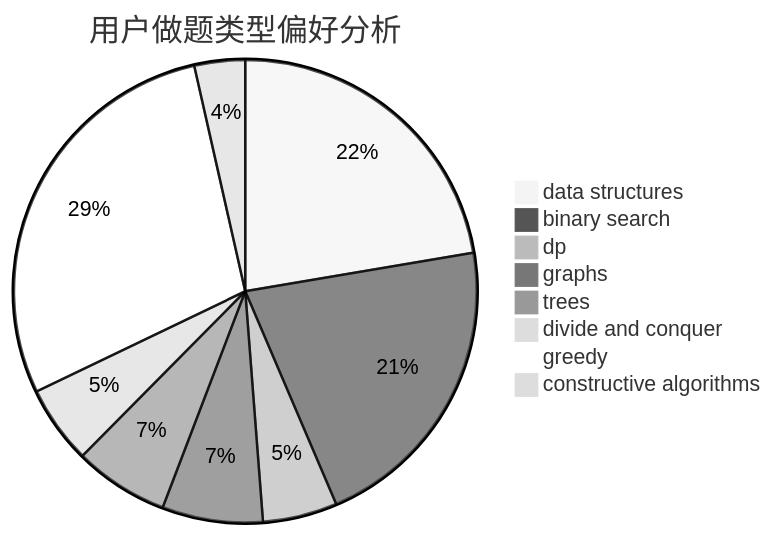
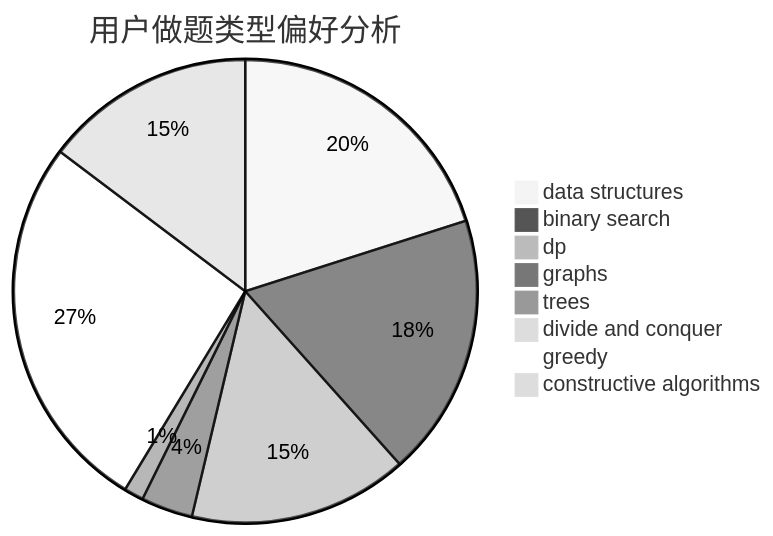
Before and after one commit to sherpahu/cfrs.github.io: the second of 3 diagrams in docs/user/u348.md, drawn with Mermaid (neutral theme). The commit also changed other lines of this file and 2770 other files, not shown here.

````diff
--- a/docs/user/u348.md
+++ b/docs/user/u348.md
@@ -23,11 +23,11 @@
 ```mermaid
 pie title 用户做题类型偏好分析
-    "data structures" :  429
-    "binary search" :  408
-    "dp" :  100
-    "graphs" :  135
-    "trees" :  127
-    "divide and conquer" :  105
-    "greedy" :  549
-    "constructive algorithms" :  68
+    "data structures" :  206
+    "binary search" :  188
+    "dp" :  157
+    "graphs" :  37
+    "trees" :  14
+    "divide and conquer" :  0
+    "greedy" :  273
+    "constructive algorithms" :  151
 ```
````
